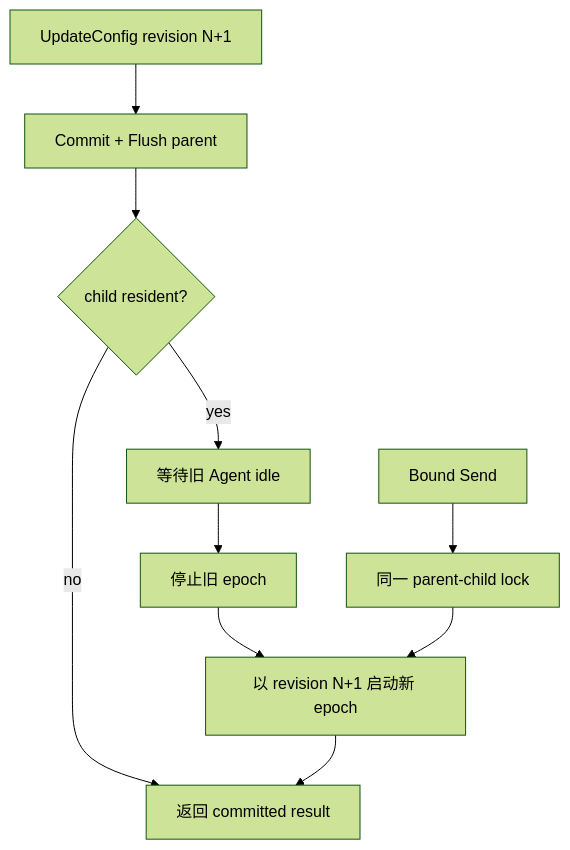
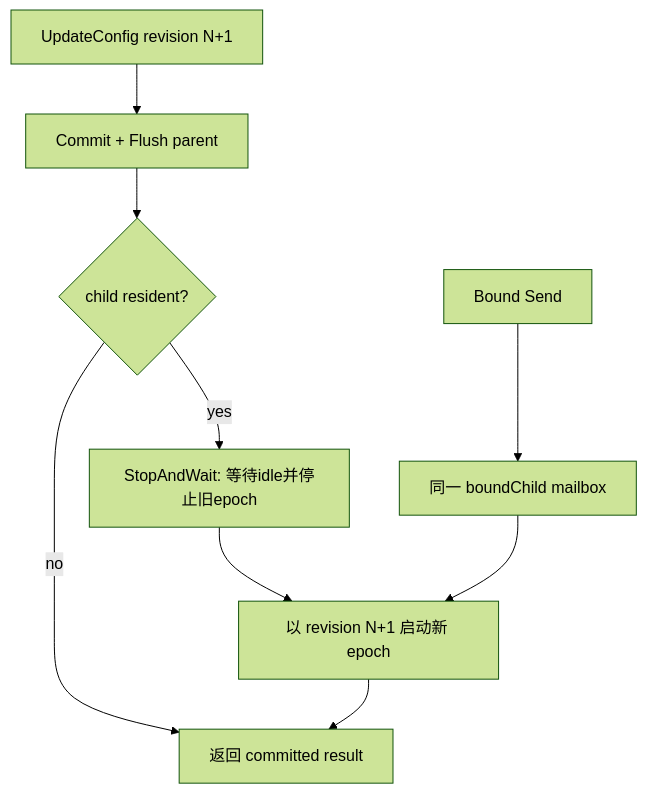
The second of 2 diagrams in subagent/docs/bound-config-management.zh-CN.md (gorenx/goren), drawn with Mermaid (forest theme) before and after one commit. The commit also changed other lines of this file and 4 other files, not shown here.

Commit message:
docs(subagent): describe bound child ownership

````diff
--- a/subagent/docs/bound-config-management.zh-CN.md
+++ b/subagent/docs/bound-config-management.zh-CN.md
@@ -174,12 +174,11 @@
 ```mermaid
 flowchart TD
     U[UpdateConfig revision N+1] --> C[Commit + Flush parent]
     C --> R{child resident?}
     R -- no --> Done[返回 committed result]
-    R -- yes --> Idle[等待旧 Agent idle]
-    Idle --> Stop[停止旧 epoch]
+    R -- yes --> Stop[StopAndWait: 等待idle并停止旧epoch]
     Stop --> Start[以 revision N+1 启动新 epoch]
     Start --> Done
-    S[Bound Send] --> Lock[同一 parent-child lock]
-    Lock --> Start
+    S[Bound Send] --> Mailbox[同一 boundChild mailbox]
+    Mailbox --> Start
 ```
````
